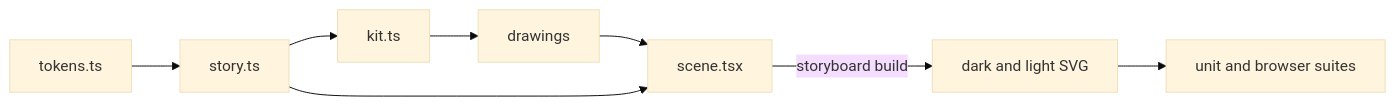
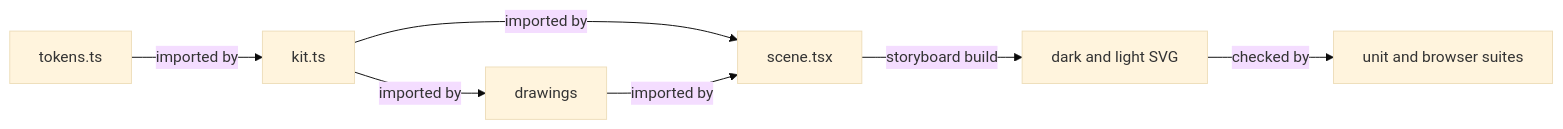
The diagram in docs/design/storyboard/README.md (zgeoff/tools), drawn with Mermaid (base theme) before and after one commit. The commit also changed other lines of this file and 2 other files, not shown here.

Commit message:
docs: derive storyboard timing from the scene tree

````diff
--- a/docs/design/storyboard/README.md
+++ b/docs/design/storyboard/README.md
@@ -18,10 +20,9 @@
 ```mermaid
 flowchart LR
-  tokens[tokens.ts] --> story[story.ts]
-  story --> kit[kit.ts]
-  kit --> drawings[drawings]
-  drawings --> scene[scene.tsx]
-  story --> scene
+  tokens[tokens.ts] -->|imported by| kit[kit.ts]
+  kit -->|imported by| drawings[drawings]
+  kit -->|imported by| scene[scene.tsx]
+  drawings -->|imported by| scene
   scene -->|"storyboard build"| files["dark and light SVG"]
-  files --> suites[unit and browser suites]
+  files -->|checked by| suites[unit and browser suites]
 ```
````
